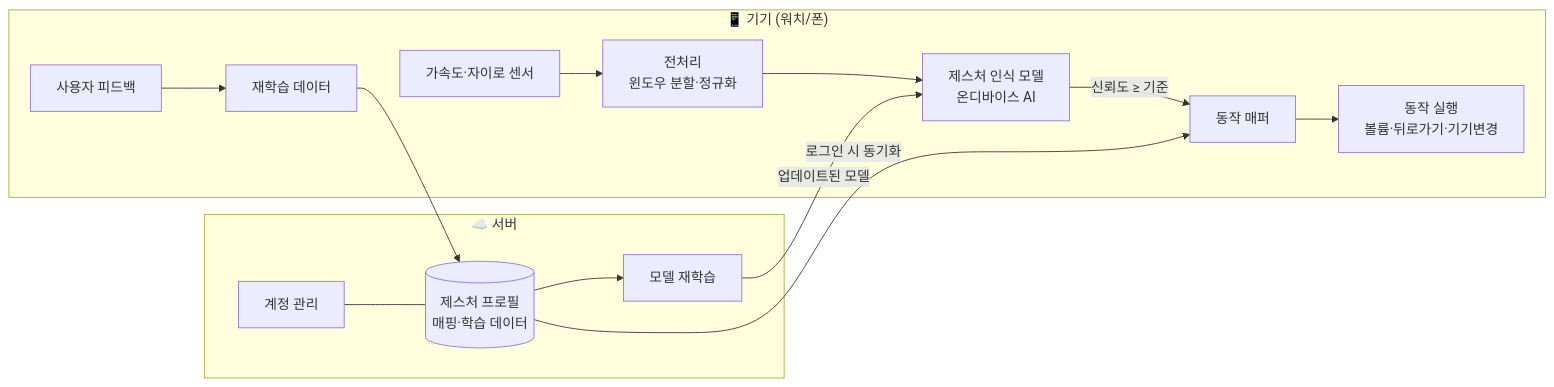
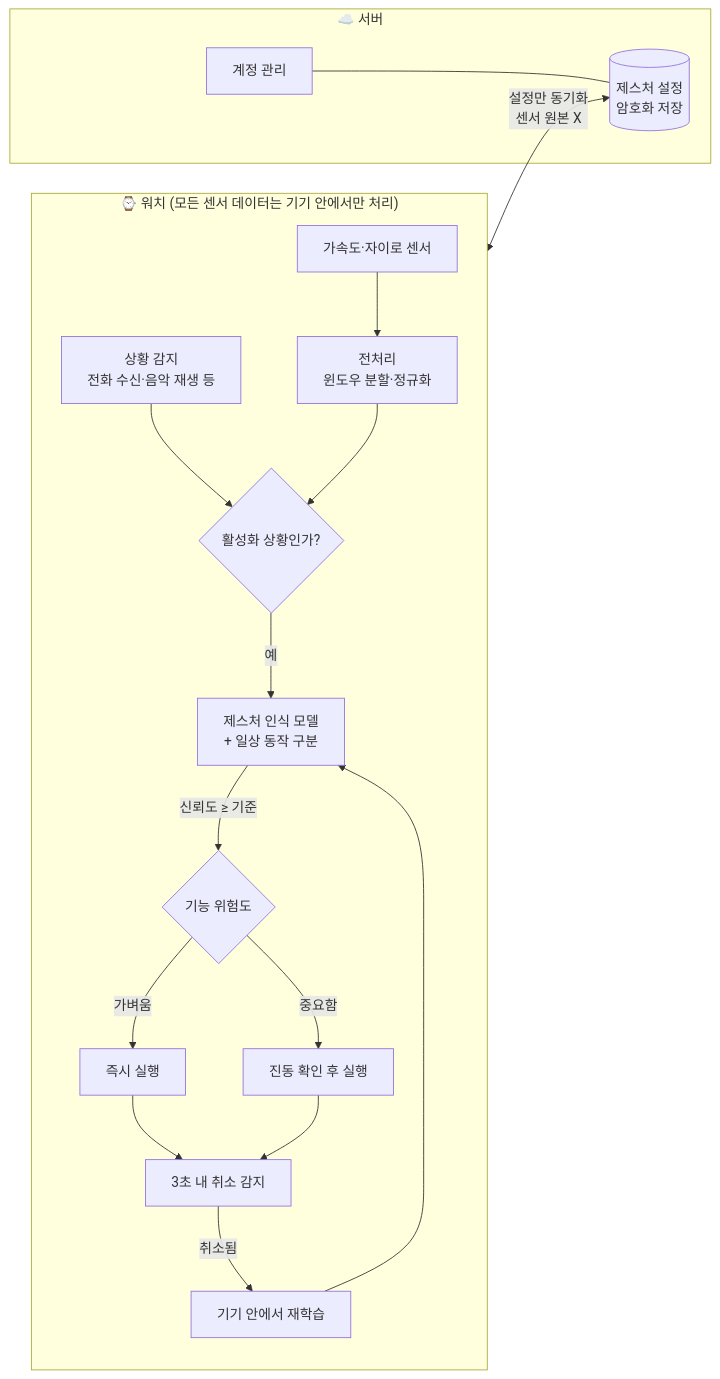
The diagram in README.md (W-tch0ut/watchout), drawn with Mermaid before and after one commit. The commit also changed other lines of this file and 1 other file, not shown here.

First line of the commit message:
docs: 문제 정의를 커스텀 제스처 오인식 방지 중심으로 수정

````diff
--- a/README.md
+++ b/README.md
@@ -36,20 +52,22 @@
 ```mermaid
 flowchart LR
-    subgraph Device["📱 기기 (워치/폰)"]
+    subgraph Watch["⌚ 워치 (모든 센서 데이터는 기기 안에서만 처리)"]
         S[가속도·자이로 센서] --> P[전처리<br/>윈도우 분할·정규화]
-        P --> M[제스처 인식 모델<br/>온디바이스 AI]
-        M -->|신뢰도 ≥ 기준| A[동작 매퍼]
-        A --> E[동작 실행<br/>볼륨·뒤로가기·기기변경]
-        U[사용자 피드백] --> L[재학습 데이터]
+        C[상황 감지<br/>전화 수신·음악 재생 등] --> G{활성화 상황인가?}
+        P --> G
+        G -->|예| M[제스처 인식 모델<br/>+ 일상 동작 구분]
+        M -->|신뢰도 ≥ 기준| R{기능 위험도}
+        R -->|가벼움| E[즉시 실행]
+        R -->|중요함| V[진동 확인 후 실행]
+        E --> F[3초 내 취소 감지]
+        V --> F
+        F -->|취소됨| L[기기 안에서 재학습]
+        L --> M
     end
     subgraph Server["☁️ 서버"]
         ACC[계정 관리]
-        DB[(제스처 프로필<br/>매핑·학습 데이터)]
-        T[모델 재학습]
+        DB[(제스처 설정<br/>암호화 저장)]
     end
-    L --> DB
-    DB --> T
-    T -->|업데이트된 모델| M
+    Watch <-->|설정만 동기화<br/>센서 원본 X| DB
     ACC --- DB
-    DB -->|로그인 시 동기화| A
 ```
````
